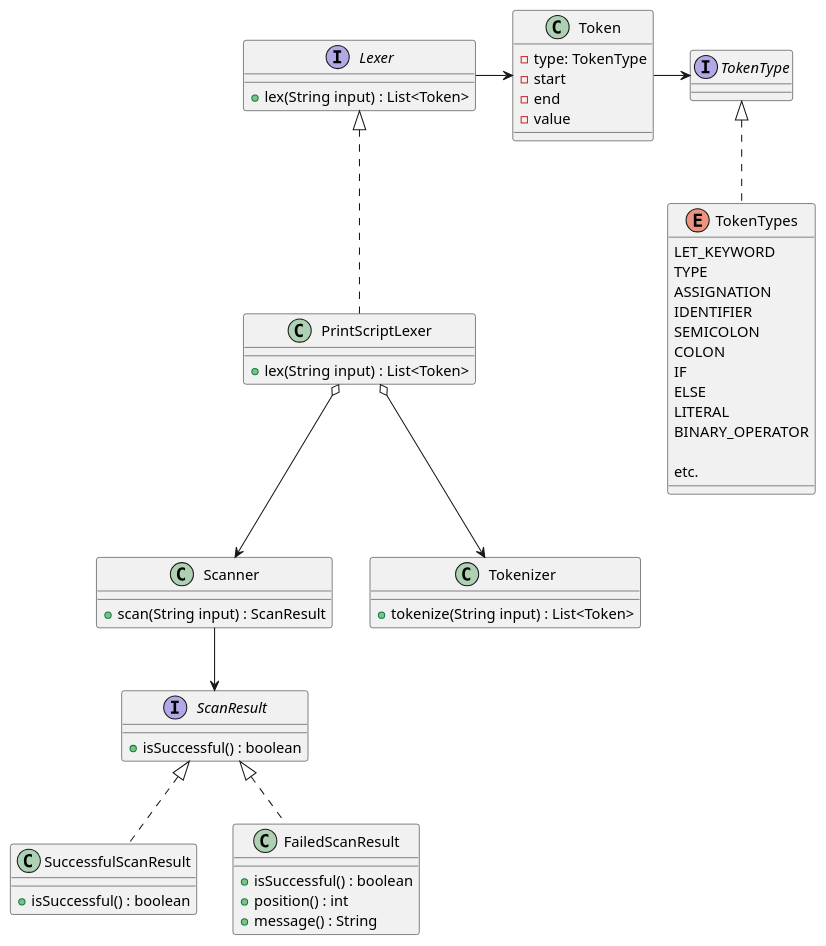
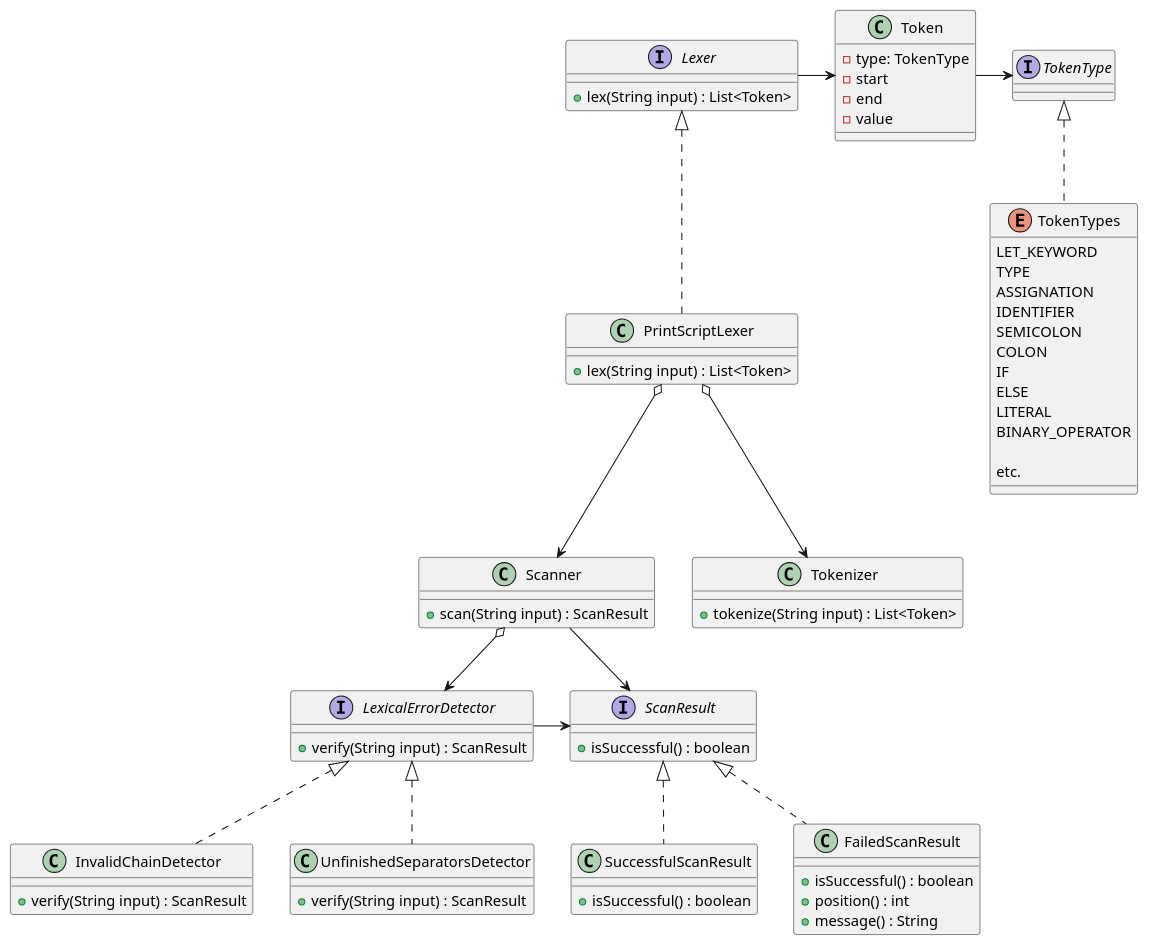
One commit to Al-Fajor/printscript changed the diagram in diagrams/lexer/lexer.puml. Above: the diagram before and after it, drawn with PlantUML.

```diff
--- a/diagrams/lexer/lexer.puml
+++ b/diagrams/lexer/lexer.puml
@@ -1,65 +1,79 @@
 @startuml
 
 class PrintScriptLexer implements Lexer {
     + lex(String input) : List<Token>
 }
 
 interface Lexer {
     + lex(String input) : List<Token>
 }
 
 class Token {
 - type: TokenType
 - start
 - end
 - value
 }
 interface TokenType {
 }
 enum TokenTypes implements TokenType {
 LET_KEYWORD
 TYPE
 ASSIGNATION
 IDENTIFIER
 SEMICOLON
 COLON
 IF
 ELSE
 LITERAL
 BINARY_OPERATOR
 
 etc.
 }
 
 class Scanner {
     + scan(String input) : ScanResult
 }
 
+interface LexicalErrorDetector {
+    + verify(String input) : ScanResult
+}
+
+class InvalidChainDetector implements LexicalErrorDetector {
+    + verify(String input) : ScanResult
+}
+
+class UnfinishedSeparatorsDetector implements LexicalErrorDetector {
+    + verify(String input) : ScanResult
+}
+
 class Tokenizer {
     + tokenize(String input) : List<Token>
 }
 
 interface ScanResult {
     + isSuccessful() : boolean
 }
 
 class SuccessfulScanResult implements ScanResult {
     + isSuccessful() : boolean
 }
 
 class FailedScanResult implements ScanResult {
     + isSuccessful() : boolean
     + position() : int
     + message() : String
 }
 
 Scanner --> ScanResult
 
 PrintScriptLexer o--> Scanner
 PrintScriptLexer o--> Tokenizer
+Scanner o--> LexicalErrorDetector
+LexicalErrorDetector -> ScanResult
 
 Lexer -> Token
 
 Token -> TokenType
 
 @enduml
```
